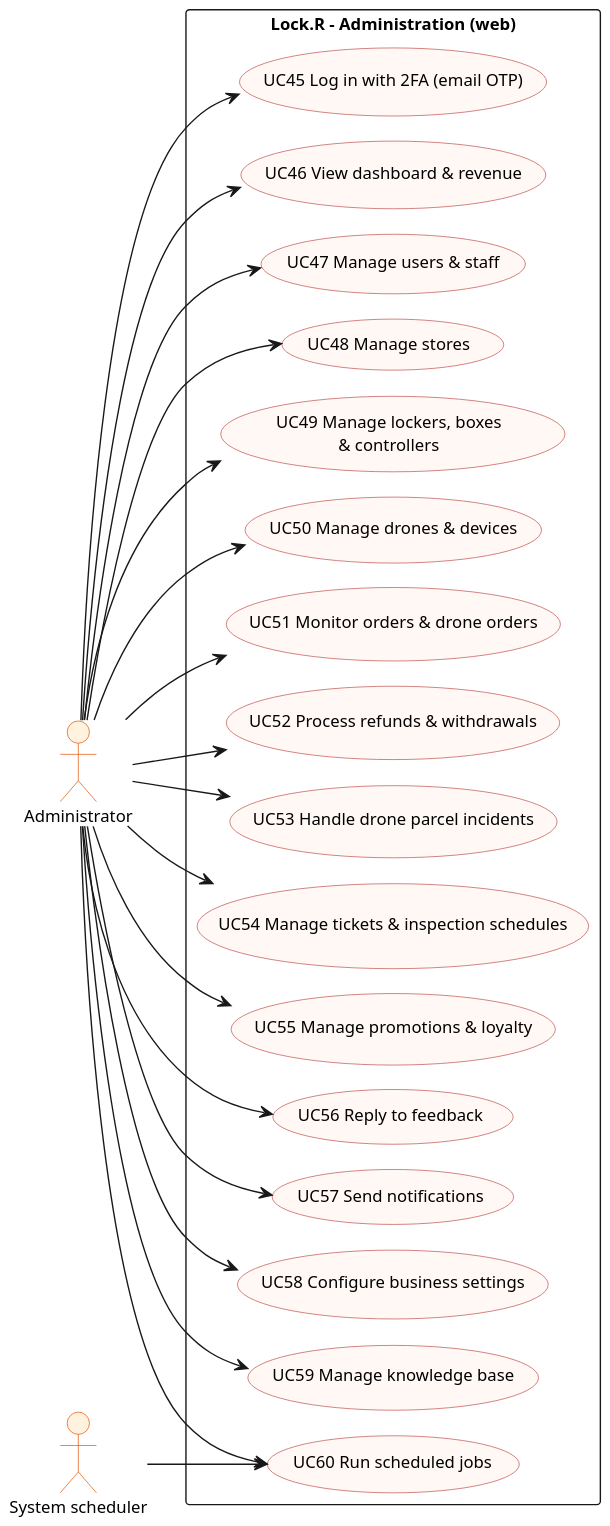
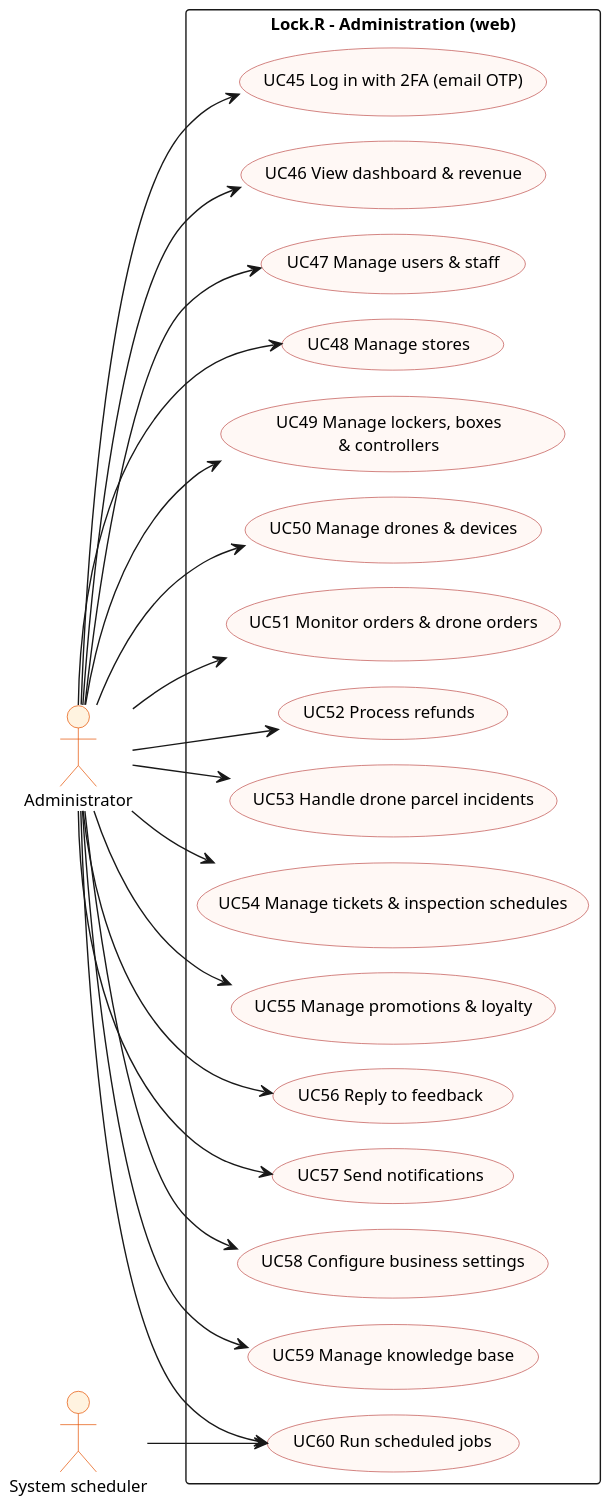
Before and after one commit to LockR-Tech/docs: the diagram in rp3/srs-assets/diagrams/04-uc-admin.puml, drawn with PlantUML. The commit also changed 78 other files, not shown here.

```diff
--- a/rp3/srs-assets/diagrams/04-uc-admin.puml
+++ b/rp3/srs-assets/diagrams/04-uc-admin.puml
@@ -1,56 +1,56 @@
 @startuml
 !pragma layout smetana
 skinparam dpi 150
 skinparam defaultFontName Arial
 skinparam defaultFontSize 12
 skinparam shadowing false
 skinparam usecase {
   BackgroundColor #FFF8F5
   BorderColor #C0504D
 }
 skinparam actor {
   BackgroundColor #FFF3E0
   BorderColor #E65100
 }
 left to right direction
 
 actor Administrator as ADM
 actor "System scheduler" as SCH
 
 rectangle "Lock.R - Administration (web)" {
   usecase "UC45 Log in with 2FA (email OTP)" as UC45
   usecase "UC46 View dashboard & revenue" as UC46
   usecase "UC47 Manage users & staff" as UC47
   usecase "UC48 Manage stores" as UC48
   usecase "UC49 Manage lockers, boxes\n& controllers" as UC49
   usecase "UC50 Manage drones & devices" as UC50
   usecase "UC51 Monitor orders & drone orders" as UC51
-  usecase "UC52 Process refunds & withdrawals" as UC52
+  usecase "UC52 Process refunds" as UC52
   usecase "UC53 Handle drone parcel incidents" as UC53
   usecase "UC54 Manage tickets & inspection schedules" as UC54
   usecase "UC55 Manage promotions & loyalty" as UC55
   usecase "UC56 Reply to feedback" as UC56
   usecase "UC57 Send notifications" as UC57
   usecase "UC58 Configure business settings" as UC58
   usecase "UC59 Manage knowledge base" as UC59
   usecase "UC60 Run scheduled jobs" as UC60
 }
 
 ADM --> UC45
 ADM --> UC46
 ADM --> UC47
 ADM --> UC48
 ADM --> UC49
 ADM --> UC50
 ADM --> UC51
 ADM --> UC52
 ADM --> UC53
 ADM --> UC54
 ADM --> UC55
 ADM --> UC56
 ADM --> UC57
 ADM --> UC58
 ADM --> UC59
 ADM --> UC60
 SCH --> UC60
 @enduml
```
